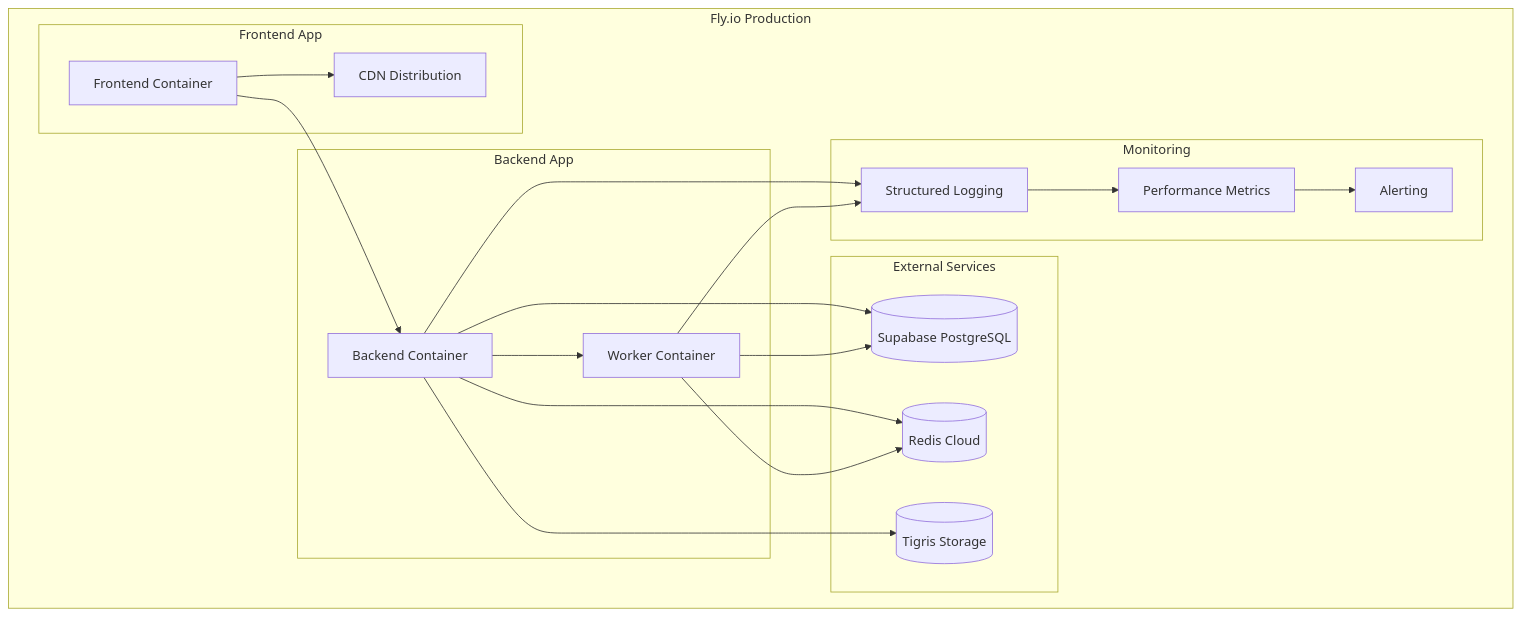
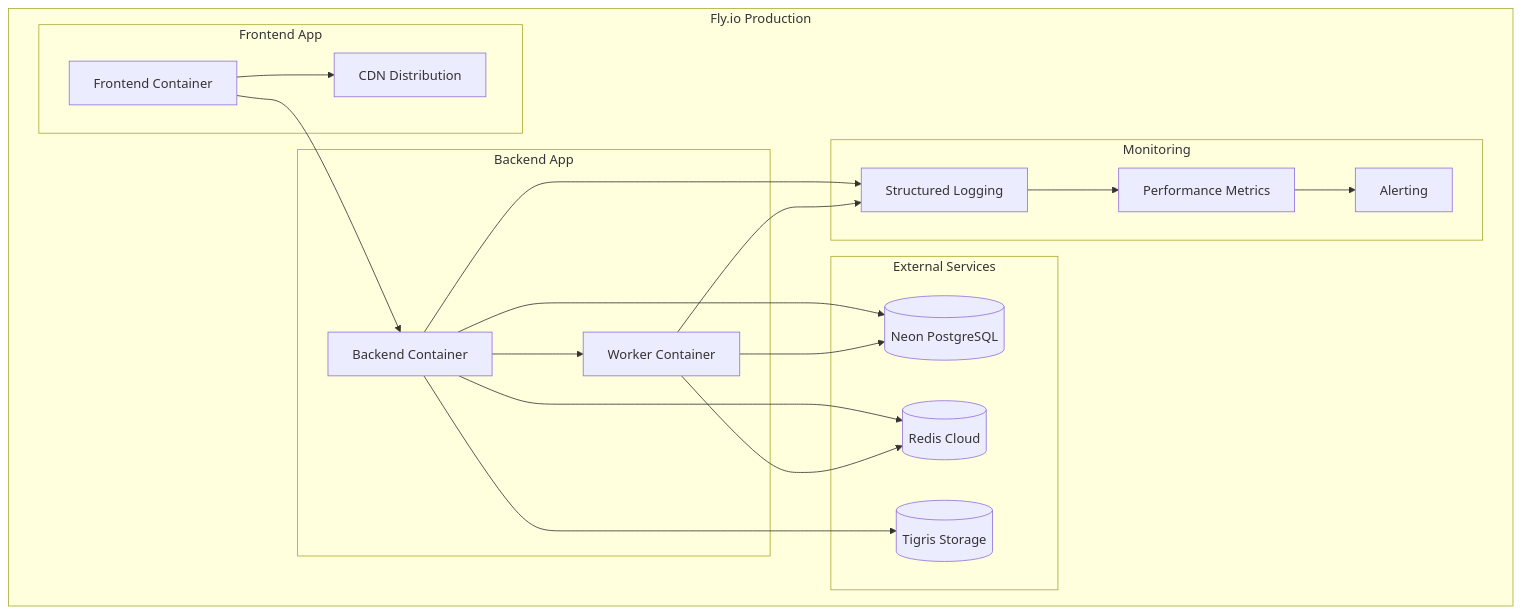
One commit to gofrolist/calorie-track-ai-bot-api changed the eighth of 14 diagrams in docs/ARCHITECTURE.md. Above: the diagram before and after it, drawn with Mermaid. The commit also changed other lines of this file and 32 other files, not shown here.

````diff
--- a/docs/ARCHITECTURE.md
+++ b/docs/ARCHITECTURE.md
@@ -439,39 +438,39 @@
 ```mermaid
 graph TB
     subgraph "Fly.io Production"
         subgraph "Frontend App"
             FE_PROD[Frontend Container]
             FE_CDN[CDN Distribution]
         end
 
         subgraph "Backend App"
             API_PROD[Backend Container]
             WORKER_PROD[Worker Container]
         end
 
         subgraph "External Services"
-            SUPABASE[(Supabase PostgreSQL)]
+            NEON[(Neon PostgreSQL)]
             REDIS_PROD[(Redis Cloud)]
             TIGRIS[(Tigris Storage)]
         end
 
         subgraph "Monitoring"
             LOGS[Structured Logging]
             METRICS[Performance Metrics]
             ALERTS[Alerting]
         end
     end
 
     FE_PROD --> FE_CDN
     FE_PROD --> API_PROD
     API_PROD --> WORKER_PROD
-    API_PROD --> SUPABASE
+    API_PROD --> NEON
     API_PROD --> REDIS_PROD
     API_PROD --> TIGRIS
-    WORKER_PROD --> SUPABASE
+    WORKER_PROD --> NEON
     WORKER_PROD --> REDIS_PROD
     API_PROD --> LOGS
     WORKER_PROD --> LOGS
     LOGS --> METRICS
     METRICS --> ALERTS
 ```
````
